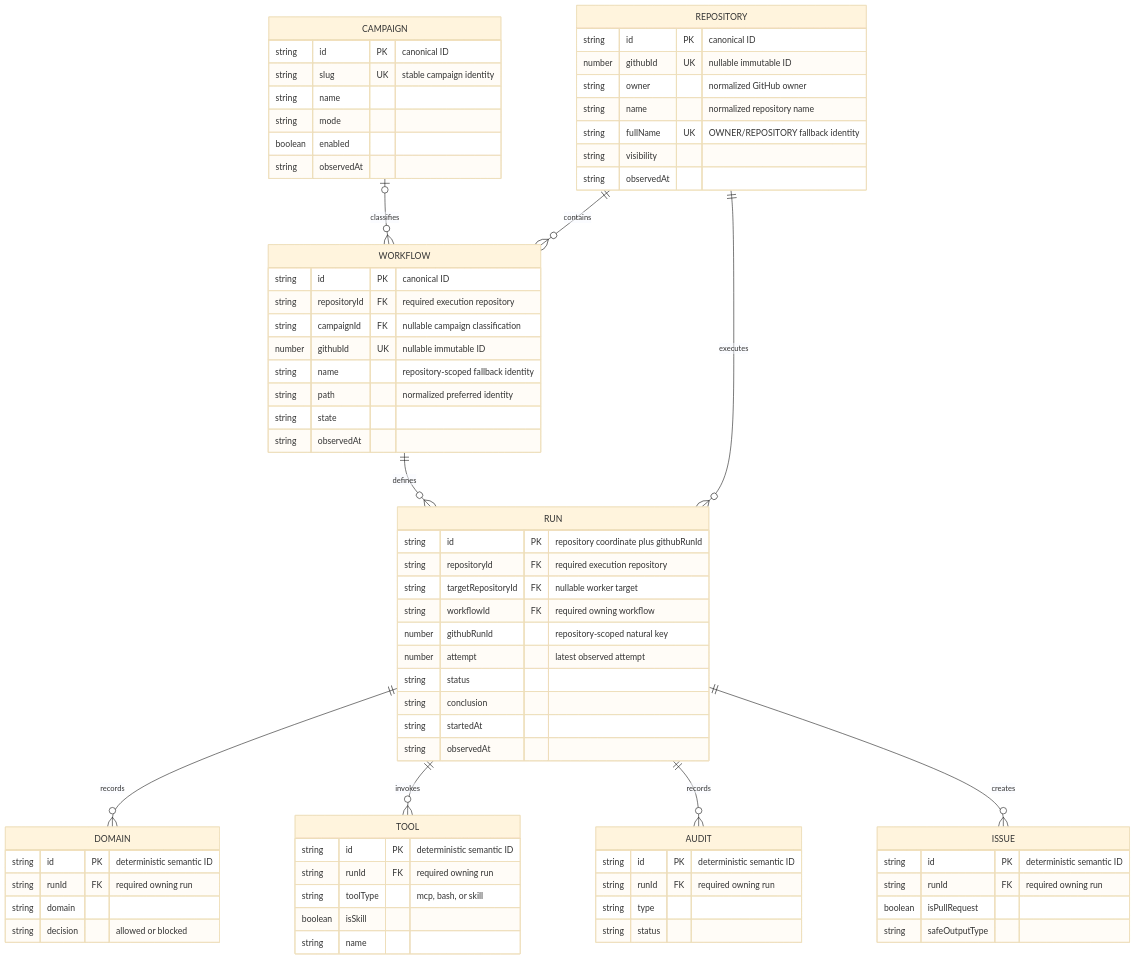
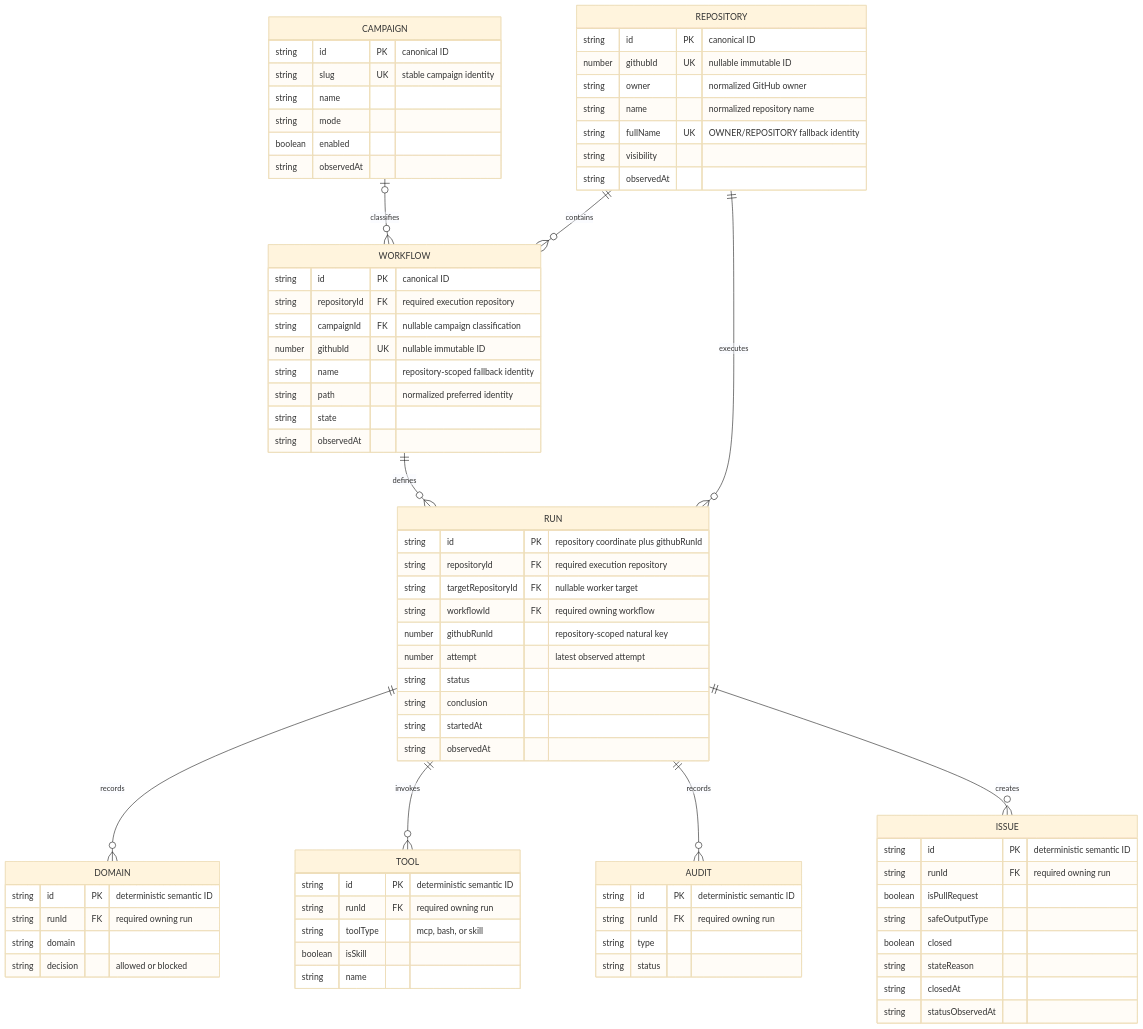
The second of 2 diagrams in specs/dashboard-data.md (elefthei/gh-aw-cao), drawn with Mermaid (base theme) before and after one commit. The commit also changed other lines of this file and 15 other files, not shown here.

First line of the commit message:
Add budgeted GraphQL issue status enrichment (#13795)

````diff
--- a/specs/dashboard-data.md
+++ b/specs/dashboard-data.md
@@ -875,76 +875,80 @@
 ```mermaid
 erDiagram
   CAMPAIGN o|--o{ WORKFLOW : classifies
   REPOSITORY ||--o{ WORKFLOW : contains
   REPOSITORY ||--o{ RUN : executes
   WORKFLOW ||--o{ RUN : defines
   RUN ||--o{ DOMAIN : records
   RUN ||--o{ TOOL : invokes
   RUN ||--o{ AUDIT : records
   RUN ||--o{ ISSUE : creates
 
   CAMPAIGN {
     string id PK "canonical ID"
     string slug UK "stable campaign identity"
     string name
     string mode
     boolean enabled
     string observedAt
   }
   REPOSITORY {
     string id PK "canonical ID"
     number githubId UK "nullable immutable ID"
     string owner "normalized GitHub owner"
     string name "normalized repository name"
     string fullName UK "OWNER/REPOSITORY fallback identity"
     string visibility
     string observedAt
   }
   WORKFLOW {
     string id PK "canonical ID"
     string repositoryId FK "required execution repository"
     string campaignId FK "nullable campaign classification"
     number githubId UK "nullable immutable ID"
     string name "repository-scoped fallback identity"
     string path "normalized preferred identity"
     string state
     string observedAt
   }
   RUN {
     string id PK "repository coordinate plus githubRunId"
     string repositoryId FK "required execution repository"
     string targetRepositoryId FK "nullable worker target"
     string workflowId FK "required owning workflow"
     number githubRunId "repository-scoped natural key"
     number attempt "latest observed attempt"
     string status
     string conclusion
     string startedAt
     string observedAt
   }
   DOMAIN {
     string id PK "deterministic semantic ID"
     string runId FK "required owning run"
     string domain
     string decision "allowed or blocked"
   }
   TOOL {
     string id PK "deterministic semantic ID"
     string runId FK "required owning run"
     string toolType "mcp, bash, or skill"
     boolean isSkill
     string name
   }
   AUDIT {
     string id PK "deterministic semantic ID"
     string runId FK "required owning run"
     string type
     string status
   }
   ISSUE {
     string id PK "deterministic semantic ID"
     string runId FK "required owning run"
     boolean isPullRequest
     string safeOutputType
+    boolean closed
+    string stateReason
+    string closedAt
+    string statusObservedAt
   }
 ```
````
